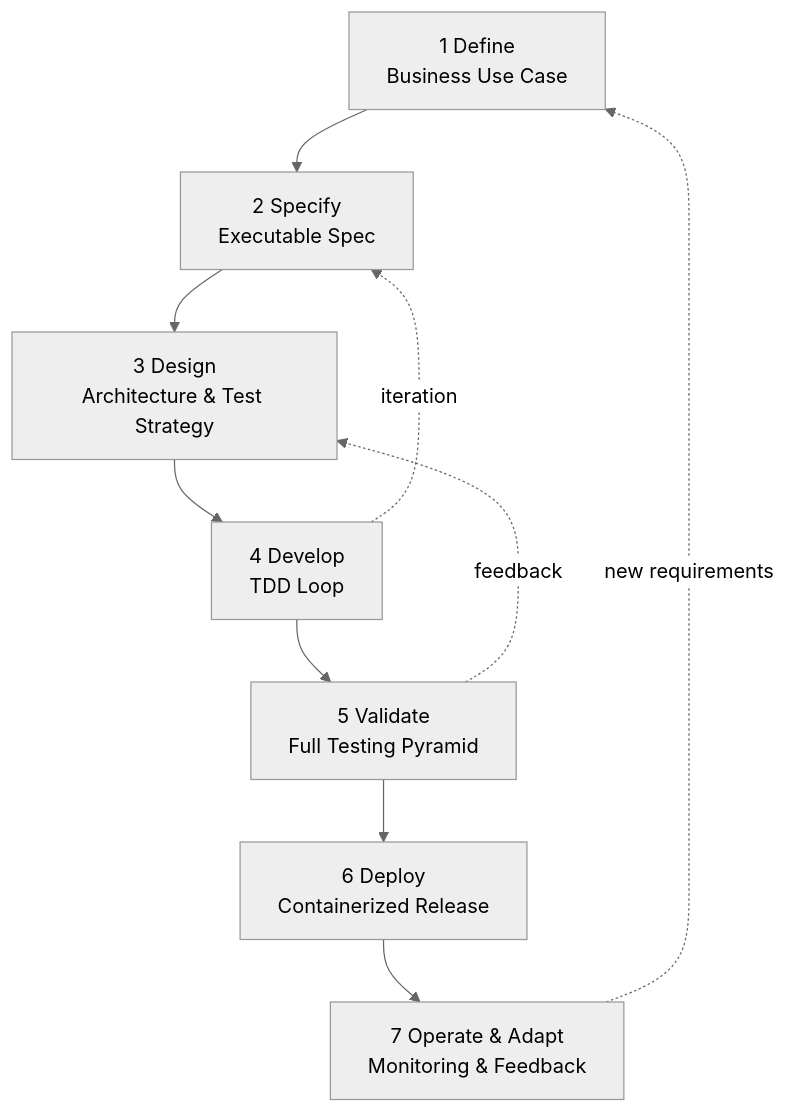
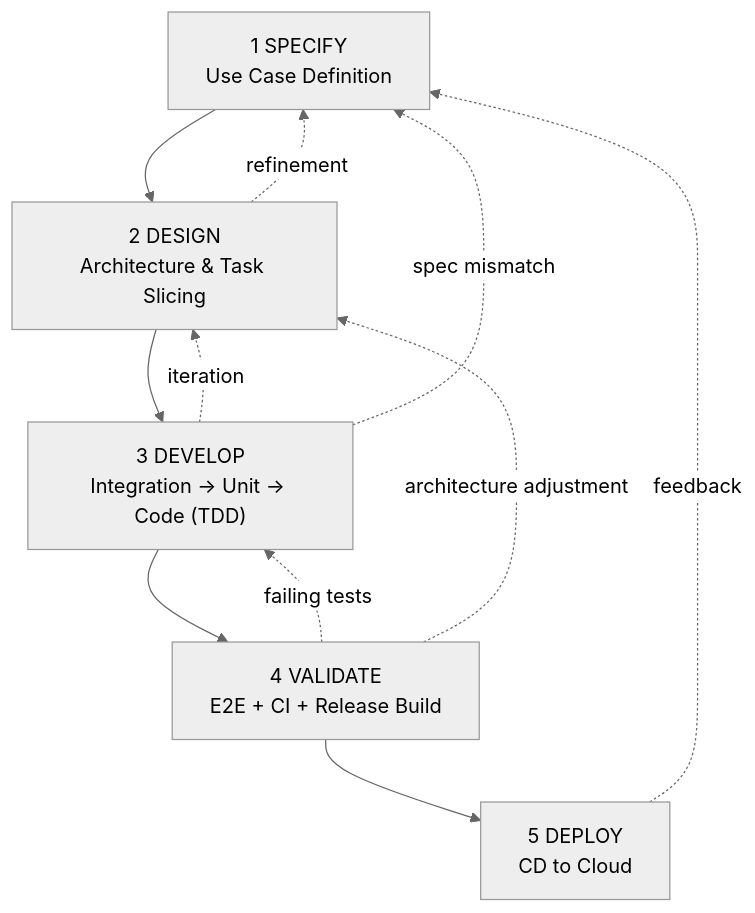
One commit to AIaSDev/.github changed the diagram in profile/README.md. Above: the diagram before and after it, drawn with Mermaid (neutral theme). The commit also changed other lines of this file, not shown here.

````diff
--- a/profile/README.md
+++ b/profile/README.md
@@ -27,14 +27,18 @@
 ```mermaid
 flowchart TD
 
-A[1 Define<br>Business Use Case] --> B[2 Specify<br>Executable Spec]
-B --> C[3 Design<br>Architecture & Test Strategy]
-C --> D[4 Develop<br>TDD Loop]
-D --> E[5 Validate<br>Full Testing Pyramid]
-E --> F[6 Deploy<br>Containerized Release]
-F --> G[7 Operate & Adapt<br>Monitoring & Feedback]
+A["1 SPECIFY<br/>Use Case Definition"] --> B["2 DESIGN<br/>Architecture & Task Slicing"]
+B --> C["3 DEVELOP<br/>Integration -> Unit -> Code (TDD)"]
+C --> D["4 VALIDATE<br/>E2E + CI + Release Build"]
+D --> E["5 DEPLOY<br/>CD to Cloud"]
 
-D -. iteration .-> B
-E -. feedback .-> C
-G -. new requirements .-> A
+%% Iteration loops
+C -. iteration .-> B
+D -. failing tests .-> C
+E -. feedback .-> A
+
+%% Additional backward paths
+B -. refinement .-> A
+C -. spec mismatch .-> A
+D -. architecture adjustment .-> B
 ```
````
